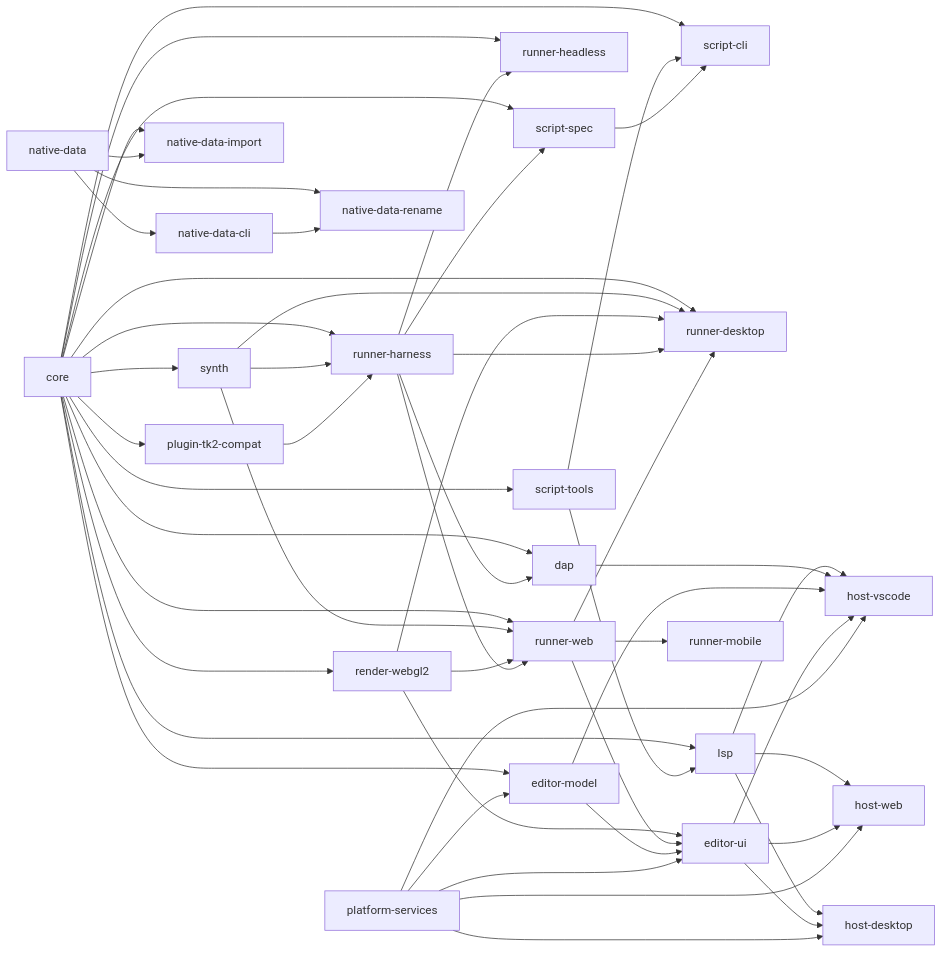
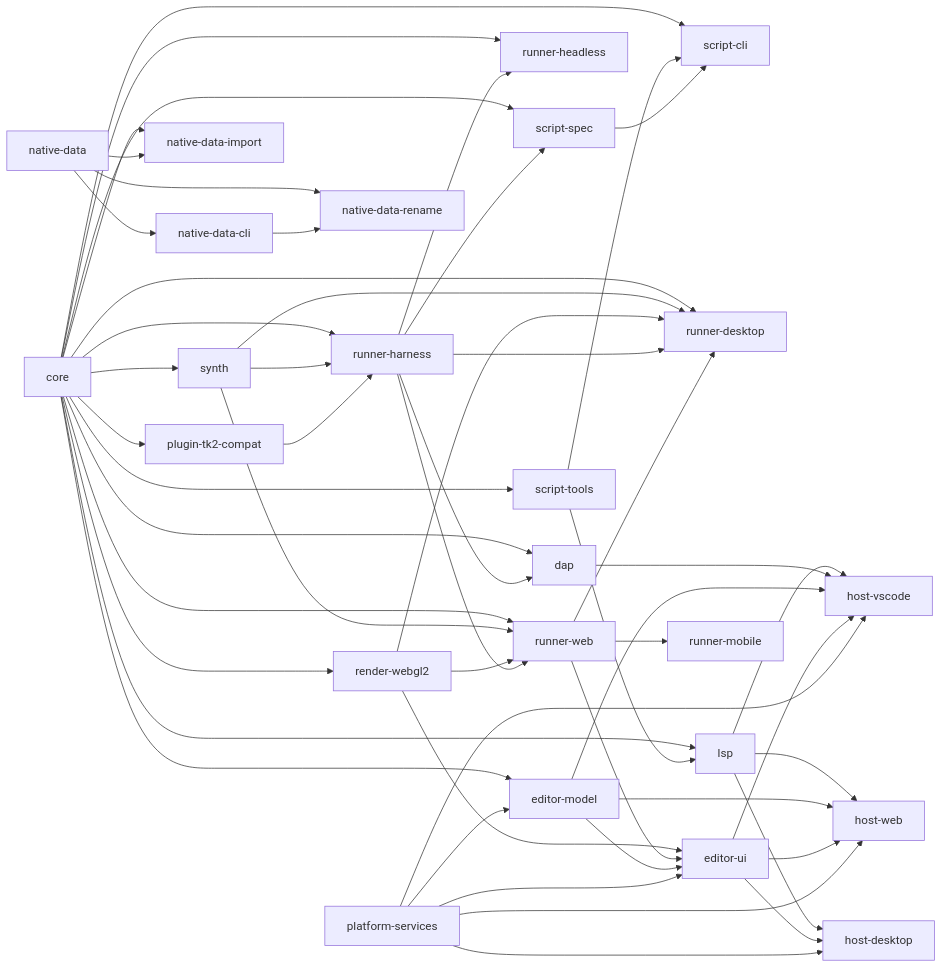
The first of 3 diagrams in _bmad-output/initiative-rpgtoolkit-reawakened/architecture-rpgtoolkit-reawakened/architecture-rpgtoolkit-reawakened.md (tk-reawakened/rpgtoolkit-reawakened), drawn with Mermaid before and after one commit. The commit also changed 61 other files, not shown here.

````diff
--- a/_bmad-output/initiative-rpgtoolkit-reawakened/architecture-rpgtoolkit-reawakened/architecture-rpgtoolkit-reawakened.md
+++ b/_bmad-output/initiative-rpgtoolkit-reawakened/architecture-rpgtoolkit-reawakened/architecture-rpgtoolkit-reawakened.md
@@ -42,53 +42,54 @@
 ```mermaid
 graph LR
   core --> scripttools[script-tools]
   core --> scriptcli[script-cli]
   core --> synth
   core --> renderwebgl2[render-webgl2]
   core --> runnerharness[runner-harness]
   core --> runnerheadless[runner-headless]
   core --> runnerweb[runner-web]
   core --> runnerdesktop[runner-desktop]
   core --> lsp
   core --> scriptspec[script-spec]
   core --> editormodel[editor-model]
   core --> plugintk2compat[plugin-tk2-compat]
   scripttools --> lsp
   scripttools --> scriptcli
   scriptspec --> scriptcli
   synth --> runnerharness
   synth --> runnerweb
   synth --> runnerdesktop
   renderwebgl2 --> runnerweb
   renderwebgl2 --> runnerdesktop
   renderwebgl2 --> editorui[editor-ui]
   runnerharness --> runnerheadless
   runnerharness --> runnerweb
   runnerharness --> runnerdesktop
   runnerharness --> scriptspec
   core --> dap
   runnerharness --> dap
   runnerweb --> runnerdesktop
   runnerweb --> runnermobile[runner-mobile]
   runnerweb --> editorui
   lsp --> hostvscode[host-vscode]
   lsp --> hostweb[host-web]
   lsp --> hostdesktop[host-desktop]
   dap --> hostvscode
   editormodel --> editorui
   editormodel --> hostvscode
+  editormodel --> hostweb
   editorui --> hostvscode
   editorui --> hostweb
   editorui --> hostdesktop
   platformservices[platform-services] --> editormodel
   platformservices --> editorui
   platformservices --> hostvscode
   platformservices --> hostweb
   platformservices --> hostdesktop
   plugintk2compat --> runnerharness
   nativedata[native-data] --> nativedatacli[native-data-cli]
   core --> nativedataimport[native-data-import]
   nativedata --> nativedataimport
   nativedata --> nativedatarename[native-data-rename]
   nativedatacli --> nativedatarename
 ```
````
